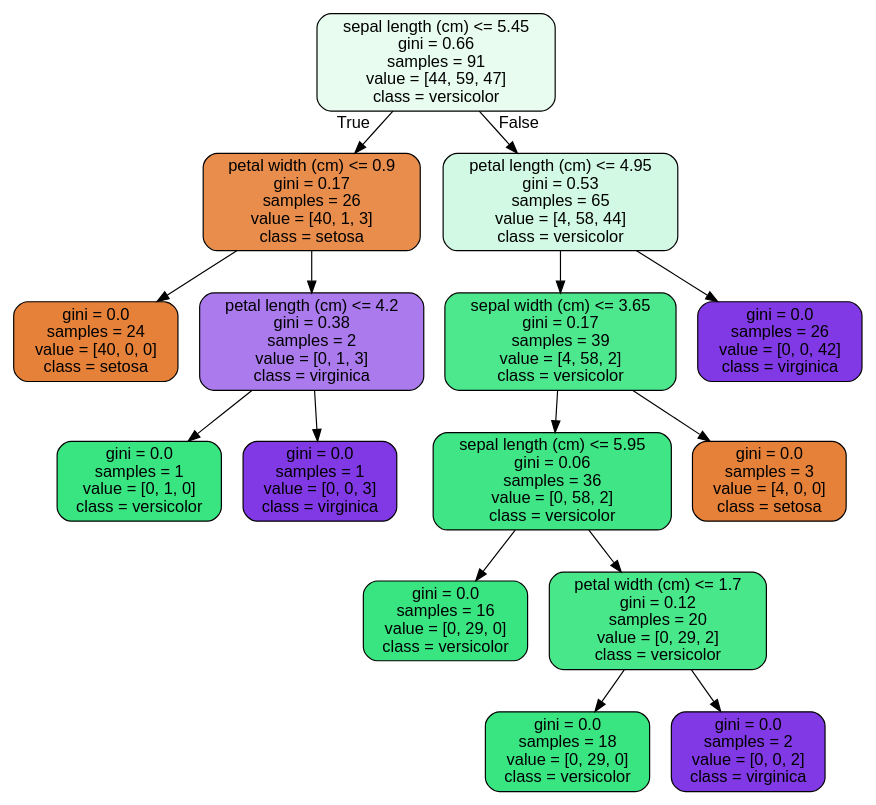
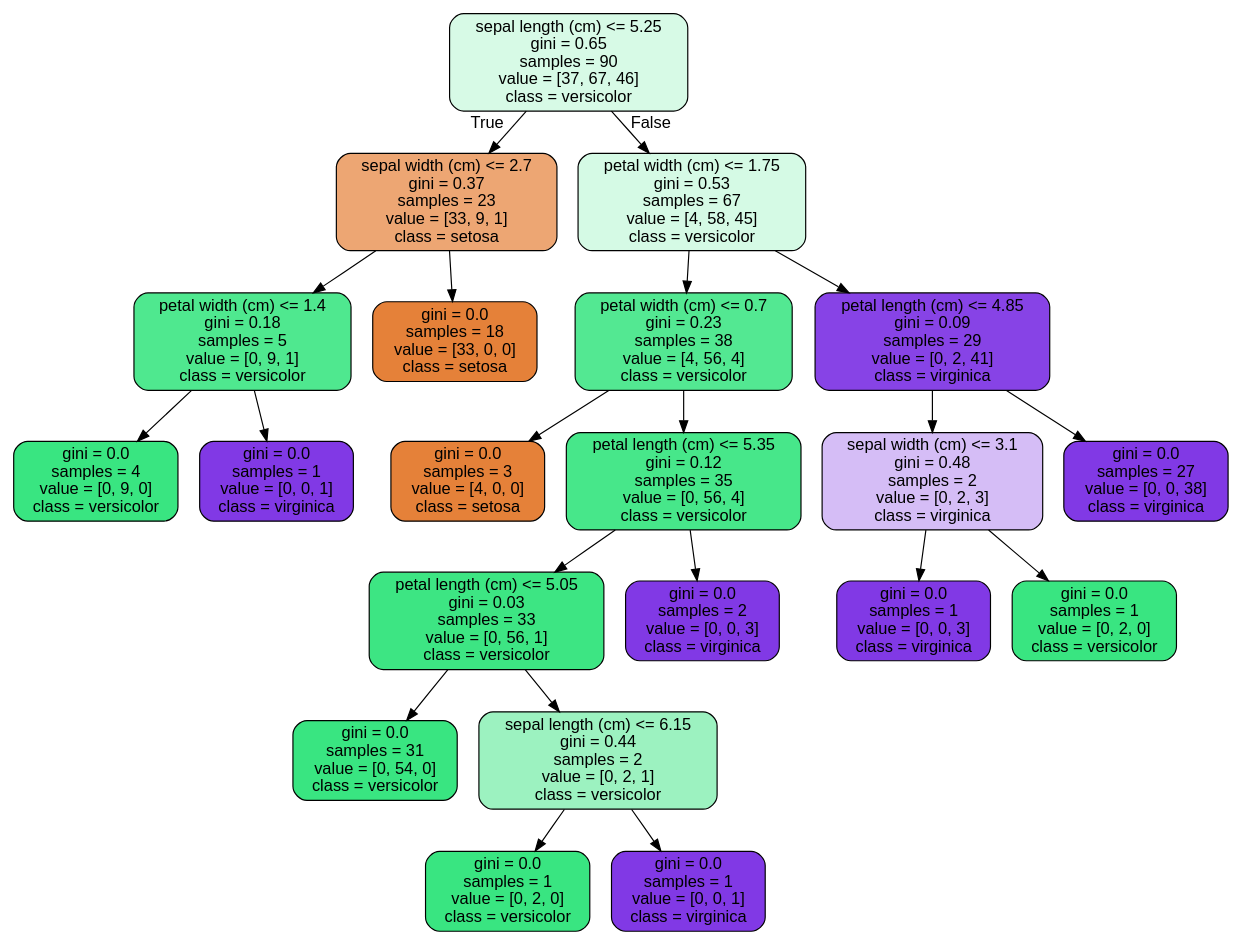
Before and after one commit to taracrutchfield/springboard: the diagram in Random Forest Case Study/tree.dot, drawn with Graphviz. The commit also changed 10 other files, not shown here.

```diff
--- a/Random Forest Case Study/tree.dot
+++ b/Random Forest Case Study/tree.dot
@@ -1,33 +1,45 @@
 digraph Tree {
 node [shape=box, style="filled, rounded", color="black", fontname=helvetica] ;
 edge [fontname=helvetica] ;
-0 [label="sepal length (cm) <= 5.45\ngini = 0.66\nsamples = 91\nvalue = [44, 59, 47]\nclass = versicolor", fillcolor="#e8fcf0"] ;
-1 [label="petal width (cm) <= 0.9\ngini = 0.17\nsamples = 26\nvalue = [40, 1, 3]\nclass = setosa", fillcolor="#e88d4c"] ;
+0 [label="sepal length (cm) <= 5.25\ngini = 0.65\nsamples = 90\nvalue = [37, 67, 46]\nclass = versicolor", fillcolor="#d7fae6"] ;
+1 [label="sepal width (cm) <= 2.7\ngini = 0.37\nsamples = 23\nvalue = [33, 9, 1]\nclass = setosa", fillcolor="#eda673"] ;
 0 -> 1 [labeldistance=2.5, labelangle=45, headlabel="True"] ;
-2 [label="gini = 0.0\nsamples = 24\nvalue = [40, 0, 0]\nclass = setosa", fillcolor="#e58139"] ;
+2 [label="petal width (cm) <= 1.4\ngini = 0.18\nsamples = 5\nvalue = [0, 9, 1]\nclass = versicolor", fillcolor="#4fe88f"] ;
 1 -> 2 ;
-3 [label="petal length (cm) <= 4.2\ngini = 0.38\nsamples = 2\nvalue = [0, 1, 3]\nclass = virginica", fillcolor="#ab7bee"] ;
-1 -> 3 ;
-4 [label="gini = 0.0\nsamples = 1\nvalue = [0, 1, 0]\nclass = versicolor", fillcolor="#39e581"] ;
-3 -> 4 ;
-5 [label="gini = 0.0\nsamples = 1\nvalue = [0, 0, 3]\nclass = virginica", fillcolor="#8139e5"] ;
-3 -> 5 ;
-6 [label="petal length (cm) <= 4.95\ngini = 0.53\nsamples = 65\nvalue = [4, 58, 44]\nclass = versicolor", fillcolor="#d2f9e3"] ;
+3 [label="gini = 0.0\nsamples = 4\nvalue = [0, 9, 0]\nclass = versicolor", fillcolor="#39e581"] ;
+2 -> 3 ;
+4 [label="gini = 0.0\nsamples = 1\nvalue = [0, 0, 1]\nclass = virginica", fillcolor="#8139e5"] ;
+2 -> 4 ;
+5 [label="gini = 0.0\nsamples = 18\nvalue = [33, 0, 0]\nclass = setosa", fillcolor="#e58139"] ;
+1 -> 5 ;
+6 [label="petal width (cm) <= 1.75\ngini = 0.53\nsamples = 67\nvalue = [4, 58, 45]\nclass = versicolor", fillcolor="#d5fae5"] ;
 0 -> 6 [labeldistance=2.5, labelangle=-45, headlabel="False"] ;
-7 [label="sepal width (cm) <= 3.65\ngini = 0.17\nsamples = 39\nvalue = [4, 58, 2]\nclass = versicolor", fillcolor="#4de88e"] ;
+7 [label="petal width (cm) <= 0.7\ngini = 0.23\nsamples = 38\nvalue = [4, 56, 4]\nclass = versicolor", fillcolor="#53e892"] ;
 6 -> 7 ;
-8 [label="sepal length (cm) <= 5.95\ngini = 0.06\nsamples = 36\nvalue = [0, 58, 2]\nclass = versicolor", fillcolor="#40e685"] ;
+8 [label="gini = 0.0\nsamples = 3\nvalue = [4, 0, 0]\nclass = setosa", fillcolor="#e58139"] ;
 7 -> 8 ;
-9 [label="gini = 0.0\nsamples = 16\nvalue = [0, 29, 0]\nclass = versicolor", fillcolor="#39e581"] ;
-8 -> 9 ;
-10 [label="petal width (cm) <= 1.7\ngini = 0.12\nsamples = 20\nvalue = [0, 29, 2]\nclass = versicolor", fillcolor="#47e78a"] ;
-8 -> 10 ;
-11 [label="gini = 0.0\nsamples = 18\nvalue = [0, 29, 0]\nclass = versicolor", fillcolor="#39e581"] ;
+9 [label="petal length (cm) <= 5.35\ngini = 0.12\nsamples = 35\nvalue = [0, 56, 4]\nclass = versicolor", fillcolor="#47e78a"] ;
+7 -> 9 ;
+10 [label="petal length (cm) <= 5.05\ngini = 0.03\nsamples = 33\nvalue = [0, 56, 1]\nclass = versicolor", fillcolor="#3de583"] ;
+9 -> 10 ;
+11 [label="gini = 0.0\nsamples = 31\nvalue = [0, 54, 0]\nclass = versicolor", fillcolor="#39e581"] ;
 10 -> 11 ;
-12 [label="gini = 0.0\nsamples = 2\nvalue = [0, 0, 2]\nclass = virginica", fillcolor="#8139e5"] ;
+12 [label="sepal length (cm) <= 6.15\ngini = 0.44\nsamples = 2\nvalue = [0, 2, 1]\nclass = versicolor", fillcolor="#9cf2c0"] ;
 10 -> 12 ;
-13 [label="gini = 0.0\nsamples = 3\nvalue = [4, 0, 0]\nclass = setosa", fillcolor="#e58139"] ;
-7 -> 13 ;
-14 [label="gini = 0.0\nsamples = 26\nvalue = [0, 0, 42]\nclass = virginica", fillcolor="#8139e5"] ;
-6 -> 14 ;
+13 [label="gini = 0.0\nsamples = 1\nvalue = [0, 2, 0]\nclass = versicolor", fillcolor="#39e581"] ;
+12 -> 13 ;
+14 [label="gini = 0.0\nsamples = 1\nvalue = [0, 0, 1]\nclass = virginica", fillcolor="#8139e5"] ;
+12 -> 14 ;
+15 [label="gini = 0.0\nsamples = 2\nvalue = [0, 0, 3]\nclass = virginica", fillcolor="#8139e5"] ;
+9 -> 15 ;
+16 [label="petal length (cm) <= 4.85\ngini = 0.09\nsamples = 29\nvalue = [0, 2, 41]\nclass = virginica", fillcolor="#8743e6"] ;
+6 -> 16 ;
+17 [label="sepal width (cm) <= 3.1\ngini = 0.48\nsamples = 2\nvalue = [0, 2, 3]\nclass = virginica", fillcolor="#d5bdf6"] ;
+16 -> 17 ;
+18 [label="gini = 0.0\nsamples = 1\nvalue = [0, 0, 3]\nclass = virginica", fillcolor="#8139e5"] ;
+17 -> 18 ;
+19 [label="gini = 0.0\nsamples = 1\nvalue = [0, 2, 0]\nclass = versicolor", fillcolor="#39e581"] ;
+17 -> 19 ;
+20 [label="gini = 0.0\nsamples = 27\nvalue = [0, 0, 38]\nclass = virginica", fillcolor="#8139e5"] ;
+16 -> 20 ;
 }
```
